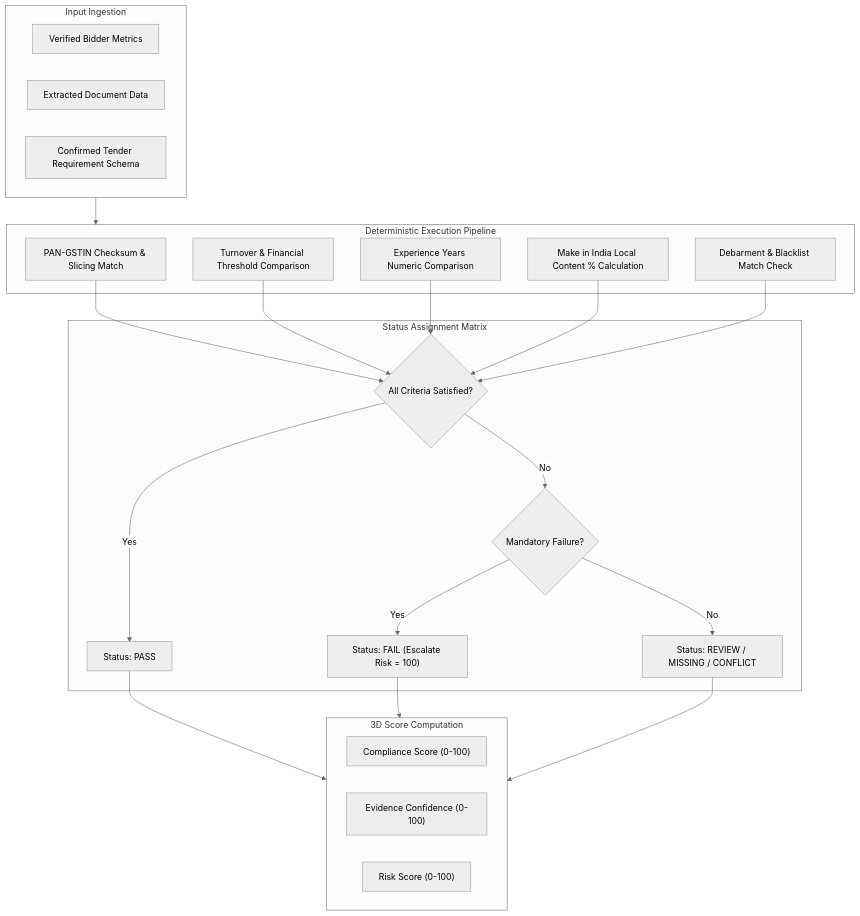
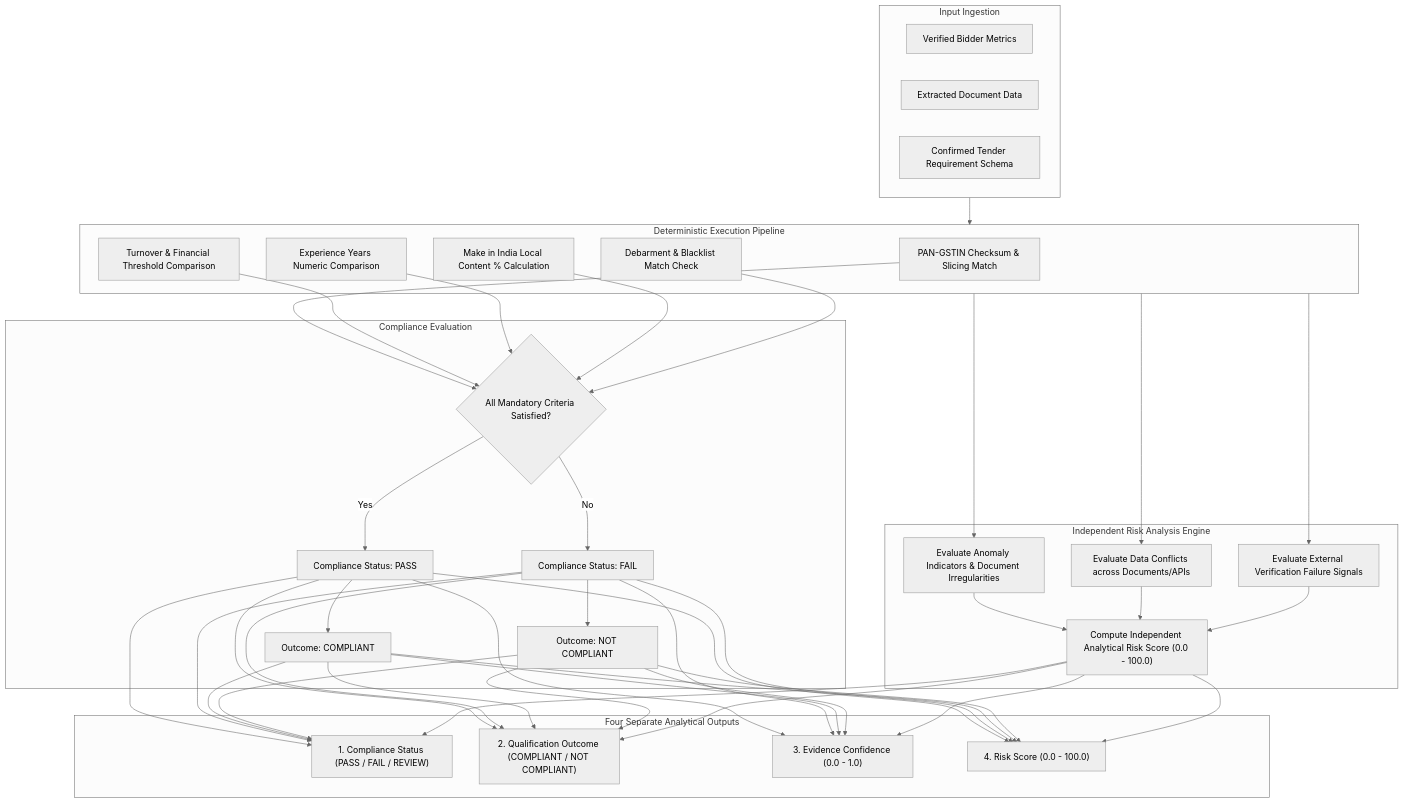
Before and after one commit to adityapaithankar25uml-debug/sih26100-bid-compliance: the fifth of 8 diagrams in docs/PHASE_1_DATA_FLOW.md, drawn with Mermaid (neutral theme). The commit also changed other lines of this file and 4 other files, not shown here.

Commit message:
docs(phase-1): apply targeted architectural corrections to ADR-004, ADR-009, ADR-010, ADR-012

````diff
--- a/docs/PHASE_1_DATA_FLOW.md
+++ b/docs/PHASE_1_DATA_FLOW.md
@@ -168,38 +168,45 @@
 ```mermaid
 flowchart TD
     subgraph INPUT ["Input Ingestion"]
         A1["Verified Bidder Metrics"]
         A2["Extracted Document Data"]
         A3["Confirmed Tender Requirement Schema"]
     end
 
     subgraph EXEC ["Deterministic Execution Pipeline"]
         B1["PAN-GSTIN Checksum & Slicing Match"]
         B2["Turnover & Financial Threshold Comparison"]
         B3["Experience Years Numeric Comparison"]
         B4["Make in India Local Content % Calculation"]
         B5["Debarment & Blacklist Match Check"]
     end
 
-    subgraph STATUS ["Status Assignment Matrix"]
-        C1{"All Criteria Satisfied?"}
-        C2["Status: PASS"]
-        C3{"Mandatory Failure?"}
-        C4["Status: FAIL (Escalate Risk = 100)"]
-        C5["Status: REVIEW / MISSING / CONFLICT"]
+    subgraph COMPLIANCE ["Compliance Evaluation"]
+        C1{"All Mandatory Criteria Satisfied?"}
+        C2["Compliance Status: PASS"]
+        C3["Compliance Status: FAIL"]
+        C4["Outcome: COMPLIANT"]
+        C5["Outcome: NOT COMPLIANT"]
     end
 
-    subgraph OUTPUT ["3D Score Computation"]
-        D1["Compliance Score (0-100)"]
-        D2["Evidence Confidence (0-100)"]
-        D3["Risk Score (0-100)"]
+    subgraph RISK ["Independent Risk Analysis Engine"]
+        R1["Evaluate Anomaly Indicators & Document Irregularities"]
+        R2["Evaluate Data Conflicts across Documents/APIs"]
+        R3["Evaluate External Verification Failure Signals"]
+        R4["Compute Independent Analytical Risk Score (0.0 - 100.0)"]
+    end
+
+    subgraph OUTPUT ["Four Separate Analytical Outputs"]
+        D1["1. Compliance Status (PASS / FAIL / REVIEW)"]
+        D2["2. Qualification Outcome (COMPLIANT / NOT COMPLIANT)"]
+        D3["3. Evidence Confidence (0.0 - 1.0)"]
+        D4["4. Risk Score (0.0 - 100.0)"]
     end
 
     INPUT --> EXEC
     B1 & B2 & B3 & B4 & B5 --> C1
-    C1 -->|Yes| C2
-    C1 -->|No| C3
-    C3 -->|Yes| C4
-    C3 -->|No| C5
-    C2 & C4 & C5 --> OUTPUT
+    C1 -->|Yes| C2 --> C4
+    C1 -->|No| C3 --> C5
+    EXEC --> R1 & R2 & R3 --> R4
+    C2 & C3 & C4 & C5 & R4 --> D1 & D2 & D3 & D4
 ```
````
